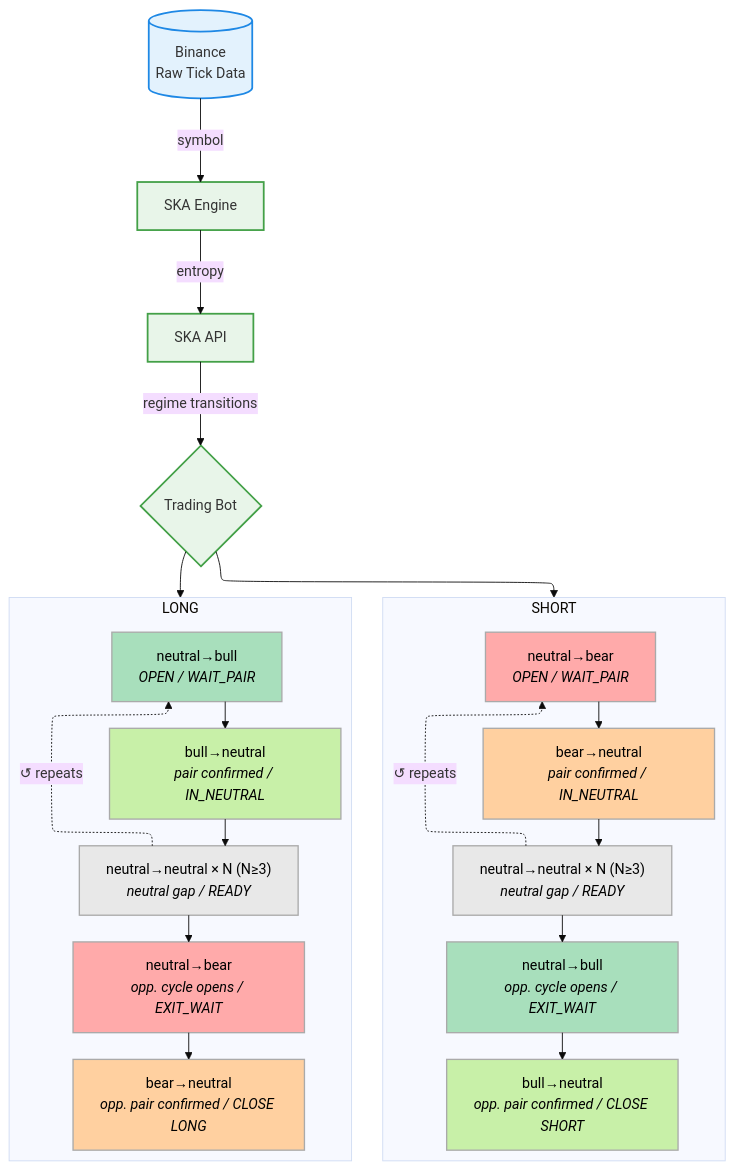
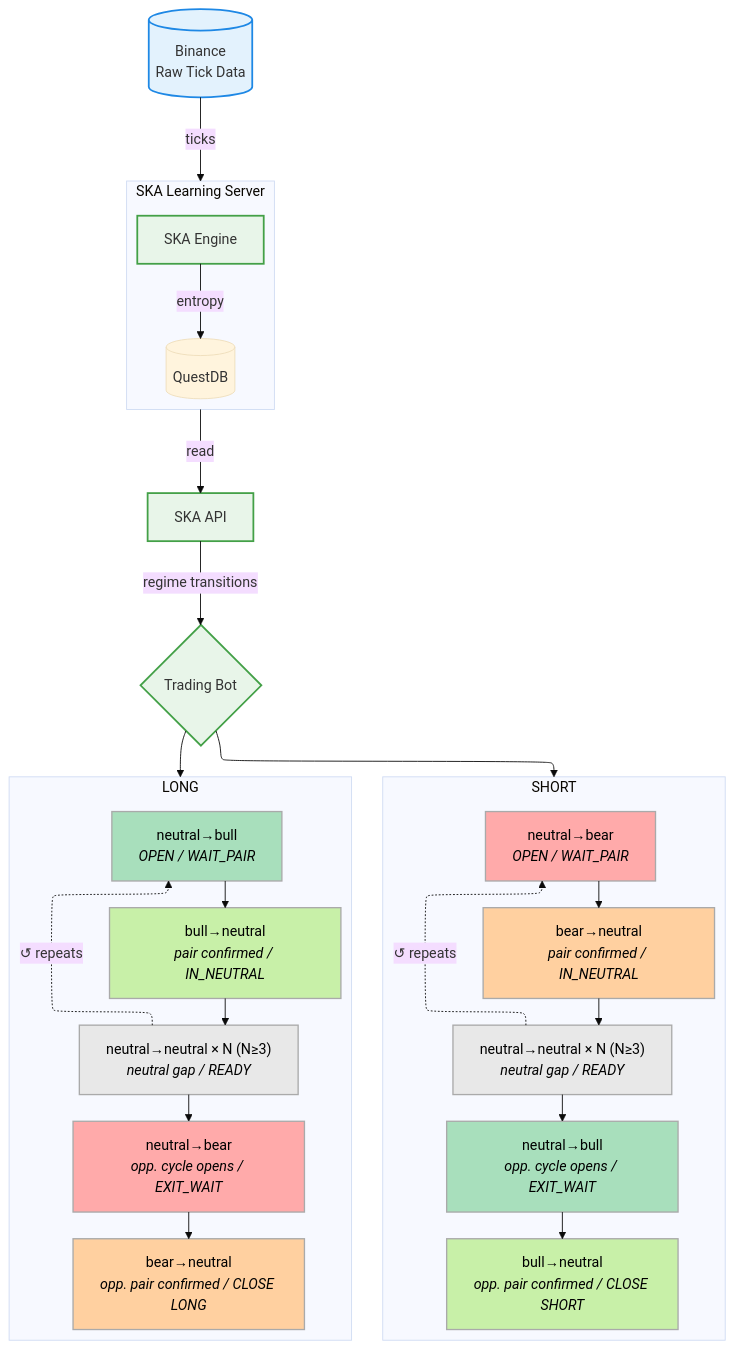
Before and after one commit to quantiota/SKA-Binance-API: the diagram in README.md, drawn with Mermaid.

````diff
--- a/README.md
+++ b/README.md
@@ -31,65 +31,75 @@
 ```mermaid
 ---
 config:
   look: classic
   theme: base
   layout: elk
 ---
 flowchart TD
-    BINANCE[(Binance <br/> Raw Tick Data)]
+
+  BINANCE[(Binance\nRaw Tick Data)]
+  API[SKA API]
+  BOT@{ shape: diamond, label: "Trading Bot" }
+
+  subgraph Backend["SKA Learning Server"]
+    direction TB
     ENGINE[SKA Engine]
-    API["SKA API"]
-    BOT@{ shape: diamond, label: "Trading Bot" }
 
-    BINANCE -- "symbol" --> ENGINE
-    API -- "regime transitions" --> BOT
-    ENGINE -- "entropy" --> API
+    QDB[(QuestDB)]
+  
+  end
 
-    BOT --> LONG
-    BOT --> SHORT
+  BINANCE -- "ticks" --> Backend
+  ENGINE -- "entropy" --> QDB
+  
+  Backend -- "read" --> API
+  API -- "regime transitions" --> BOT
+
+BOT --> LONG
+BOT --> SHORT
 
     subgraph SHORT["SHORT"]
         direction TB
         S1["neutral→bear<br/><i>OPEN / WAIT_PAIR</i>"]
         S2["bear→neutral<br/><i>pair confirmed / IN_NEUTRAL</i>"]
         S3["neutral→neutral × N (N≥3)<br/><i>neutral gap / READY</i>"]
         S4["neutral→bull<br/><i>opp. cycle opens / EXIT_WAIT</i>"]
         S5["bull→neutral<br/><i>opp. pair confirmed / CLOSE SHORT</i>"]
         S1 --> S2 --> S3 --> S4 --> S5
         S3 -. "↺ repeats" .-> S1
     end
 
     subgraph LONG["LONG"]
         direction TB
         L1["neutral→bull<br/><i>OPEN / WAIT_PAIR</i>"]
         L2["bull→neutral<br/><i>pair confirmed / IN_NEUTRAL</i>"]
         L3["neutral→neutral × N (N≥3)<br/><i>neutral gap / READY</i>"]
         L4["neutral→bear<br/><i>opp. cycle opens / EXIT_WAIT</i>"]
         L5["bear→neutral<br/><i>opp. pair confirmed / CLOSE LONG</i>"]
         L1 --> L2 --> L3 --> L4 --> L5
         L3 -. "↺ repeats" .-> L1
     end
 
     classDef data      fill:#E3F2FD,stroke:#1E88E5,stroke-width:2px;
     classDef process   fill:#E8F5E9,stroke:#43A047,stroke-width:2px;
     classDef longOpen  fill:#A8DFBC,stroke:#AAAAAA,color:#000,stroke-width:1.5px;
     classDef longPair  fill:#C8F0A8,stroke:#AAAAAA,color:#000,stroke-width:1.5px;
     classDef shortOpen fill:#FFAAAA,stroke:#AAAAAA,color:#000,stroke-width:1.5px;
     classDef shortPair fill:#FFD0A0,stroke:#AAAAAA,color:#000,stroke-width:1.5px;
     classDef neutral   fill:#E8E8E8,stroke:#AAAAAA,color:#000,stroke-width:1.5px;
 
     class BINANCE data;
     class ENGINE process;
     class API,BOT process;
 
     class L1 longOpen;
     class L2 longPair;
     class L3 neutral;
     class L4 shortOpen;
     class L5 shortPair;
     class S1 shortOpen;
     class S2 shortPair;
     class S3 neutral;
     class S4 longOpen;
     class S5 longPair;
 ```
````
